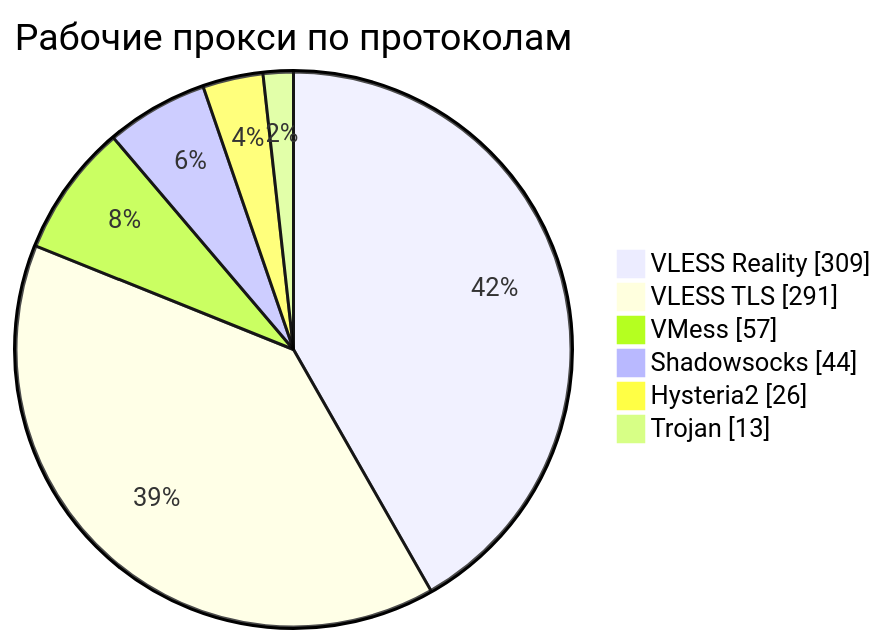
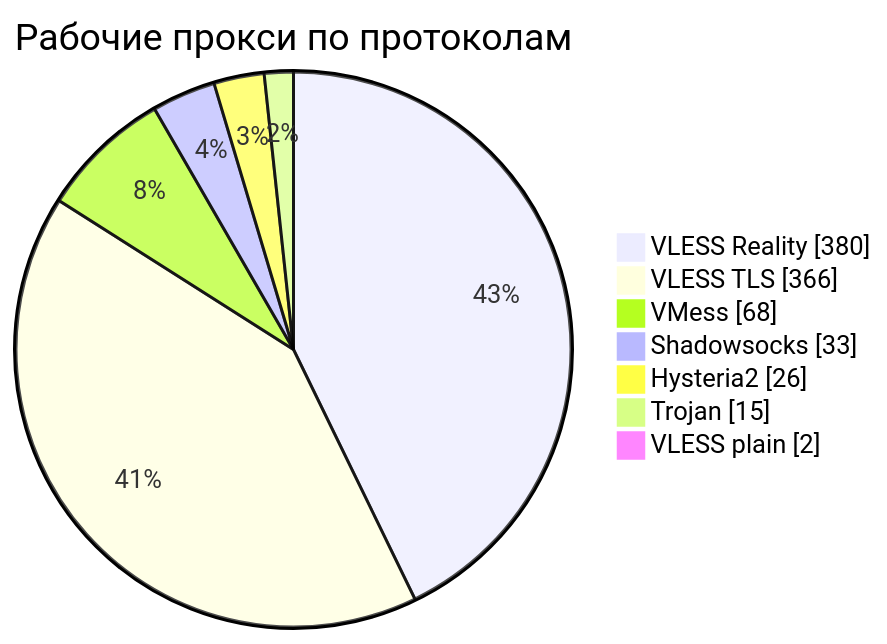
The third of 4 diagrams in README.md (rvvg/proxy-subs), drawn with Mermaid before and after one commit. The commit also changed other lines of this file and 51 other files, not shown here.

````diff
--- a/README.md
+++ b/README.md
@@ -137,10 +139,11 @@
 ```mermaid
 pie showData
     title Рабочие прокси по протоколам
-    "VLESS Reality" : 309
-    "VLESS TLS" : 291
-    "VMess" : 57
-    "Shadowsocks" : 44
+    "VLESS Reality" : 380
+    "VLESS TLS" : 366
+    "VMess" : 68
+    "Shadowsocks" : 33
     "Hysteria2" : 26
-    "Trojan" : 13
+    "Trojan" : 15
+    "VLESS plain" : 2
 ```
````
